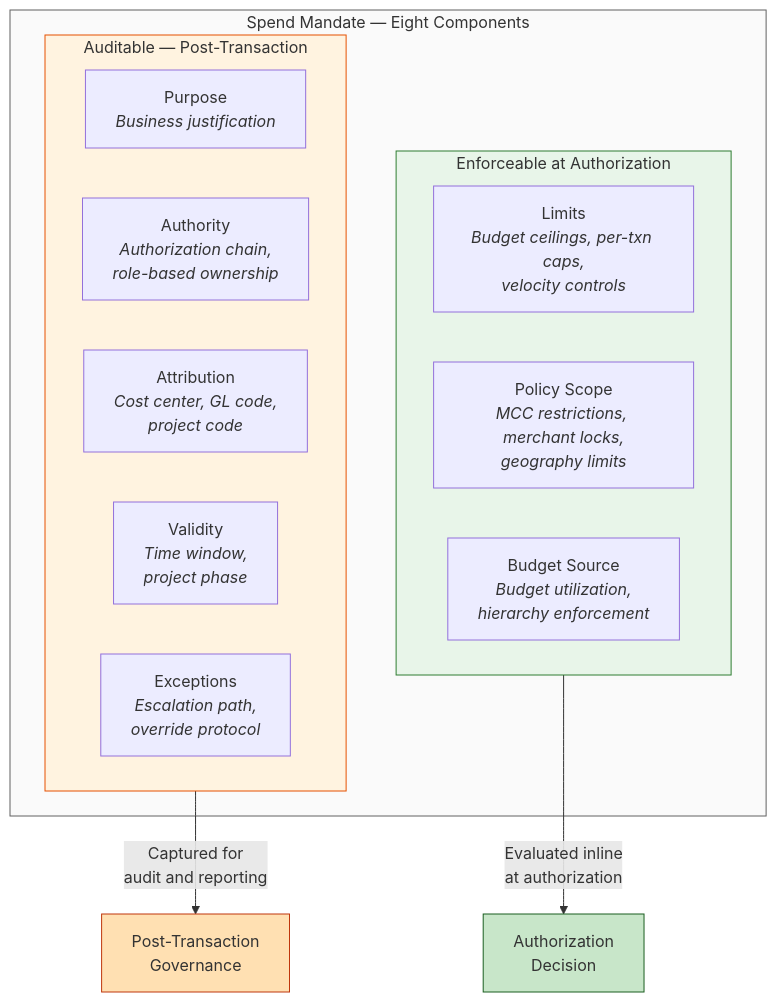
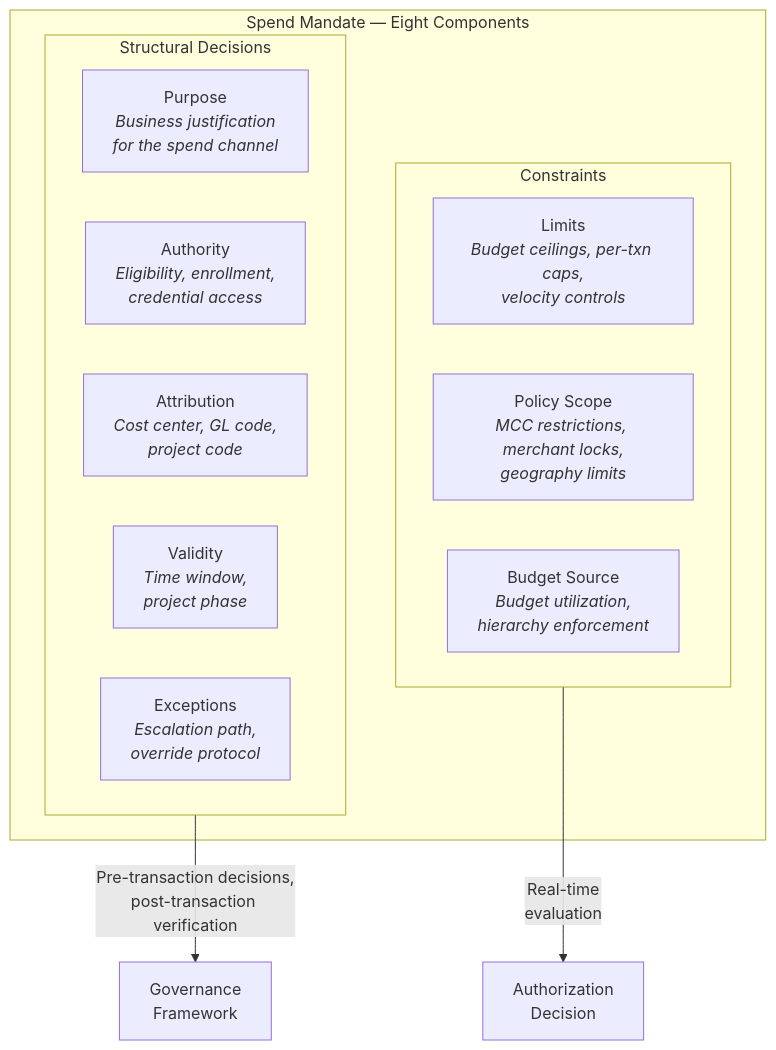
The diagram in us-bank-commercial-card/corporate-payments-book/01-problem-space/05-spend-mandates.md (gramki/temp-website), drawn with Mermaid before and after one commit. The commit also changed other lines of this file and 4 other files, not shown here.

First line of the commit message:
docs(corporate-payments): reframe mandate governance as constraints vs structural decisions

````diff
--- a/us-bank-commercial-card/corporate-payments-book/01-problem-space/05-spend-mandates.md
+++ b/us-bank-commercial-card/corporate-payments-book/01-problem-space/05-spend-mandates.md
@@ -122,26 +122,20 @@
 ```mermaid
 graph TB
     subgraph Mandate["Spend Mandate — Eight Components"]
-        subgraph Enforceable["Enforceable at Authorization"]
+        subgraph Constraints["Constraints"]
             EN1["Limits<br/><i>Budget ceilings, per-txn caps,<br/>velocity controls</i>"]
             EN2["Policy Scope<br/><i>MCC restrictions, merchant locks,<br/>geography limits</i>"]
             EN3["Budget Source<br/><i>Budget utilization,<br/>hierarchy enforcement</i>"]
         end
-        subgraph Auditable["Auditable — Post-Transaction"]
-            AU1["Purpose<br/><i>Business justification</i>"]
-            AU2["Authority<br/><i>Authorization chain,<br/>role-based ownership</i>"]
+        subgraph Structural["Structural Decisions"]
+            AU1["Purpose<br/><i>Business justification<br/>for the spend channel</i>"]
+            AU2["Authority<br/><i>Eligibility, enrollment,<br/>credential access</i>"]
             AU3["Attribution<br/><i>Cost center, GL code,<br/>project code</i>"]
             AU4["Validity<br/><i>Time window,<br/>project phase</i>"]
             AU5["Exceptions<br/><i>Escalation path,<br/>override protocol</i>"]
         end
     end
 
-    Enforceable -->|"Evaluated inline<br/>at authorization"| AUTH["Authorization<br/>Decision"]
-    Auditable -->|"Captured for<br/>audit and reporting"| AUDIT["Post-Transaction<br/>Governance"]
-
-    style Enforceable fill:#e8f5e9,stroke:#2e7d32
-    style Auditable fill:#fff3e0,stroke:#e65100
-    style AUTH fill:#c8e6c9,stroke:#1b5e20
-    style AUDIT fill:#ffe0b2,stroke:#bf360c
-    style Mandate fill:#fafafa,stroke:#616161
+    Constraints -->|"Real-time<br/>evaluation"| AUTH["Authorization<br/>Decision"]
+    Structural -->|"Pre-transaction decisions,<br/>post-transaction verification"| GOV["Governance<br/>Framework"]
 ```
````
